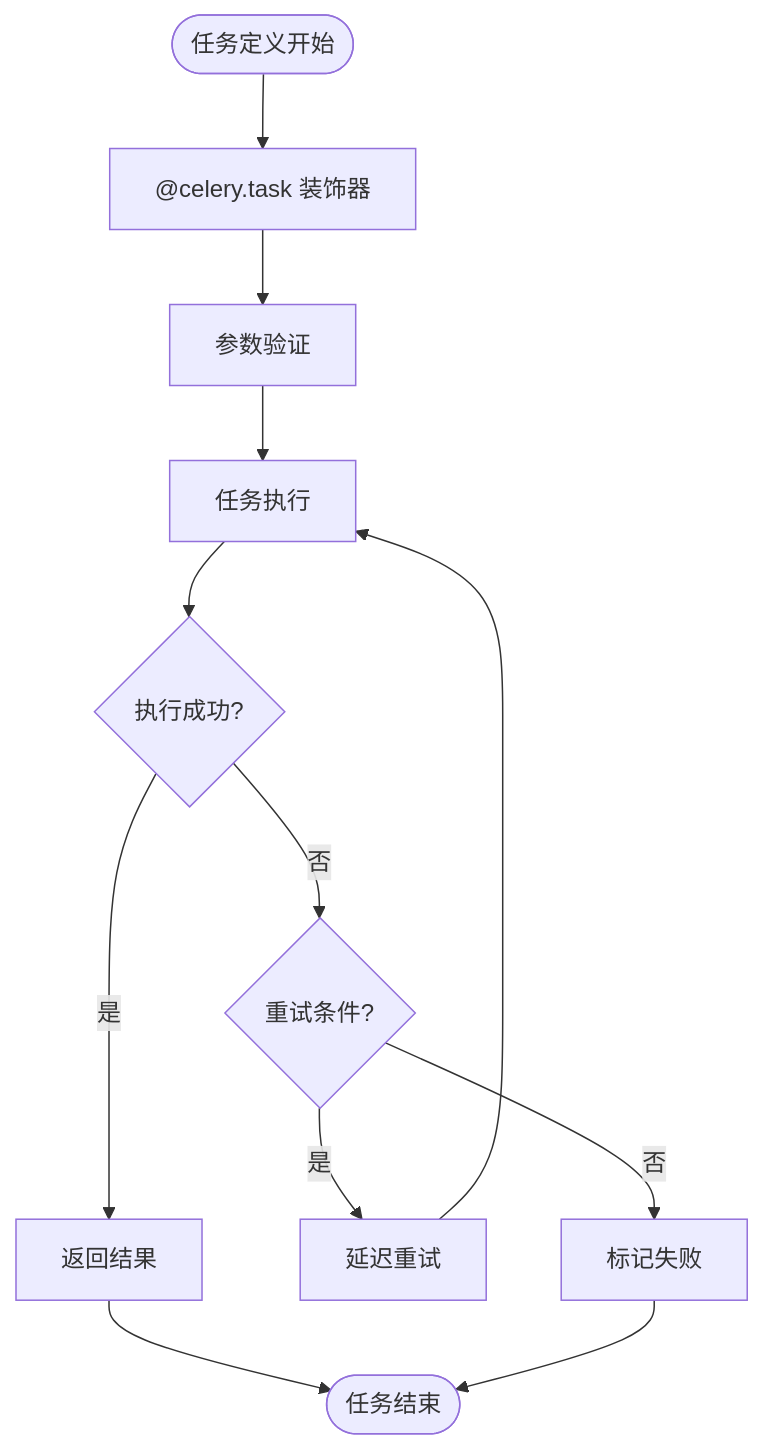
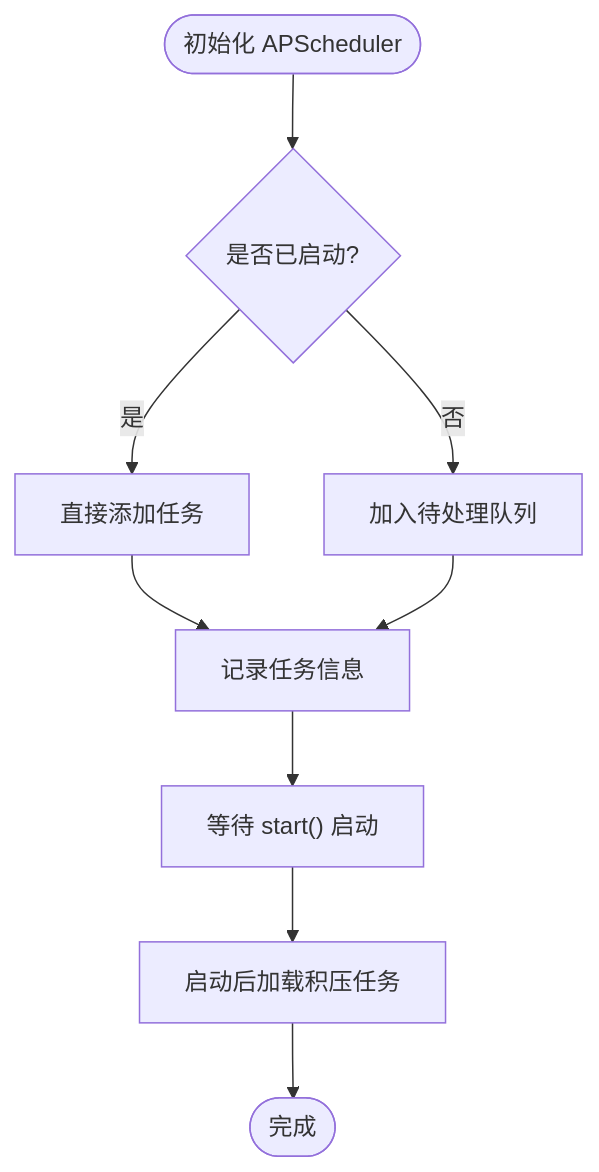
One commit to lilinzezzzzzz/fastapi-backend changed the fourth of 7 diagrams in .qoder/repowiki/zh/content/任务调度系统/任务调度系统.md. Above: the diagram before and after it, drawn with Mermaid. The commit also changed other lines of this file and 104 other files, not shown here.

````diff
--- a/.qoder/repowiki/zh/content/任务调度系统/任务调度系统.md
+++ b/.qoder/repowiki/zh/content/任务调度系统/任务调度系统.md
@@ -301,14 +184,11 @@
 ```mermaid
 flowchart TD
-Start([任务定义开始]) --> Decorator["@celery.task 装饰器"]
-Decorator --> Validation["参数验证"]
-Validation --> Execution["任务执行"]
-Execution --> Success{"执行成功?"}
-Success --> |是| Return["返回结果"]
-Success --> |否| Retry{"重试条件?"}
-Retry --> |是| Delay["延迟重试"]
-Retry --> |否| Failure["标记失败"]
-Delay --> Execution
-Return --> End([任务结束])
-Failure --> End
+Start(["初始化 APScheduler"]) --> CheckStarted{"是否已启动?"}
+CheckStarted --> |否| Pending["加入待处理队列"]
+CheckStarted --> |是| AddJob["直接添加任务"]
+AddJob --> Log["记录任务信息"]
+Pending --> Log
+Log --> WaitStart["等待 start() 启动"]
+WaitStart --> LoadPending["启动后加载积压任务"]
+LoadPending --> Done(["完成"])
 ```
````
